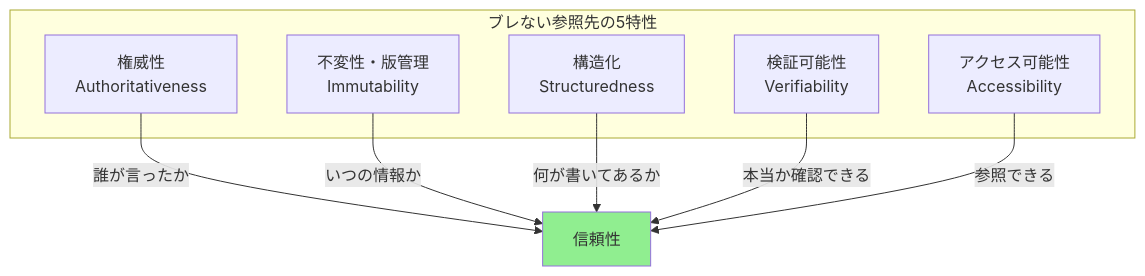
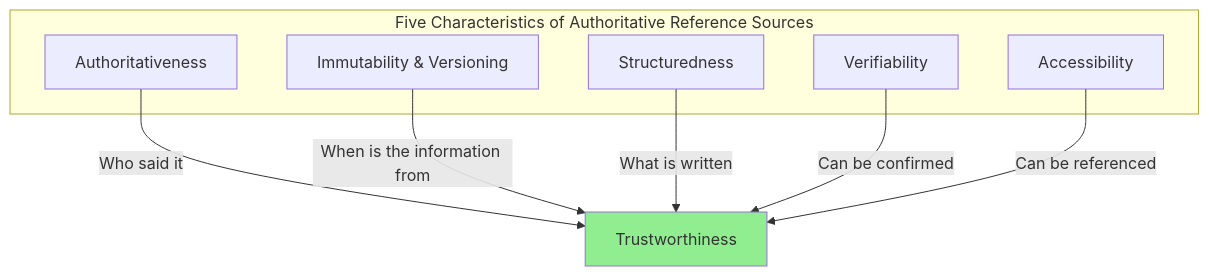
The fifth of 15 diagrams in docs/concepts/02-reference-sources.md (shuji-bonji/ai-agent-architecture), drawn with Mermaid before and after one commit. The commit also changed other lines of this file and 42 other files, not shown here.

````diff
--- a/docs/concepts/02-reference-sources.md
+++ b/docs/concepts/02-reference-sources.md
@@ -168,18 +170,18 @@
 ```mermaid
 graph TB
-    subgraph ブレない参照先の5特性
-        AUTH[権威性<br/>Authoritativeness]
-        IMMUT[不変性・版管理<br/>Immutability]
-        STRUCT[構造化<br/>Structuredness]
-        VERIFY[検証可能性<br/>Verifiability]
-        ACCESS[アクセス可能性<br/>Accessibility]
+    subgraph Five Characteristics of Authoritative Reference Sources
+        AUTH[Authoritativeness]
+        IMMUT[Immutability & Versioning]
+        STRUCT[Structuredness]
+        VERIFY[Verifiability]
+        ACCESS[Accessibility]
     end
 
-    AUTH --> |"誰が言ったか"| TRUST[信頼性]
-    IMMUT --> |"いつの情報か"| TRUST
-    STRUCT --> |"何が書いてあるか"| TRUST
-    VERIFY --> |"本当か確認できる"| TRUST
-    ACCESS --> |"参照できる"| TRUST
+    AUTH --> |"Who said it"| TRUST[Trustworthiness]
+    IMMUT --> |"When is the information from"| TRUST
+    STRUCT --> |"What is written"| TRUST
+    VERIFY --> |"Can be confirmed"| TRUST
+    ACCESS --> |"Can be referenced"| TRUST
 
     style TRUST fill:#90EE90
 ```
````
